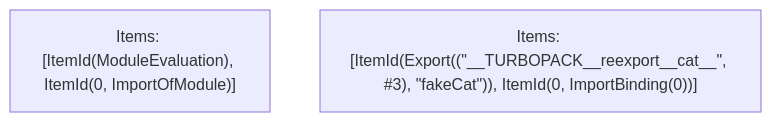
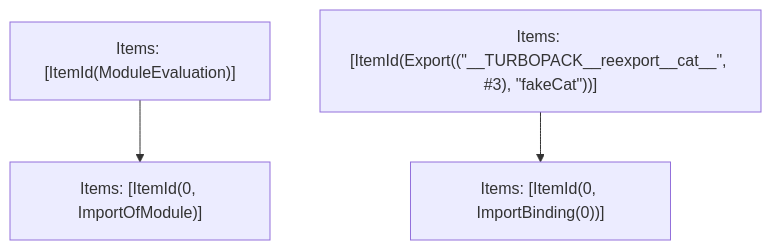
Before and after one commit to vercel/turborepo: the fifth of 5 diagrams in crates/turbopack-ecmascript/tests/tree-shaker/analyzer/export-named/output.md, drawn with Mermaid. The commit also changed other lines of this file and 72 other files, not shown here.

````diff
--- a/crates/turbopack-ecmascript/tests/tree-shaker/analyzer/export-named/output.md
+++ b/crates/turbopack-ecmascript/tests/tree-shaker/analyzer/export-named/output.md
@@ -70,5 +70,9 @@
 ```mermaid
 graph TD
-    N0["Items: [ItemId(ModuleEvaluation), ItemId(0, ImportOfModule)]"];
-    N1["Items: [ItemId(Export((&quot;__TURBOPACK__reexport__cat__&quot;, #3), &quot;fakeCat&quot;)), ItemId(0, ImportBinding(0))]"];
+    N0["Items: [ItemId(0, ImportOfModule)]"];
+    N1["Items: [ItemId(ModuleEvaluation)]"];
+    N2["Items: [ItemId(0, ImportBinding(0))]"];
+    N3["Items: [ItemId(Export((&quot;__TURBOPACK__reexport__cat__&quot;, #3), &quot;fakeCat&quot;))]"];
+    N3 --> N2;
+    N1 --> N0;
 ```
````
